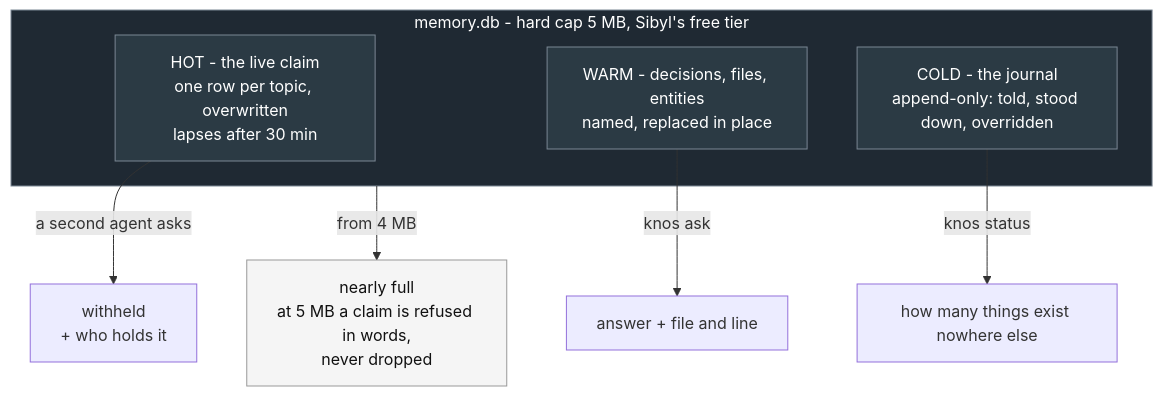
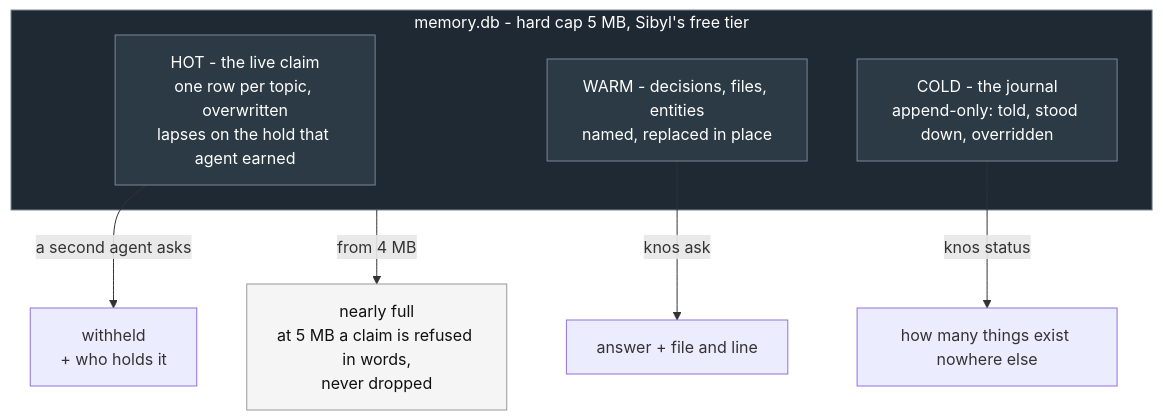
The second of 4 diagrams in docs/GUIDE.md (drexthealpha/Knos), drawn with Mermaid before and after one commit. The commit also changed 1 other file, not shown here.

Commit message:
The core-flow diagram did not render on GitHub, and HOT still claimed a flat thirty minutes
GitHub refused it outright - "Unable to render rich display: Could not find a
suitable point for the given distance" - so the one picture that is meant to
be the whole product was a wall of source on the page a reader lands on. Two
pairs of opposing edges between the same nodes is the trigger; the refusal and
the override are now the sequence they actually are, which reads better than
the round trip did anyway.

The tier diagram said the live claim lapses after thirty minutes. Thirty is
the prior every agent starts on - the hold is what that agent earned.

````diff
--- a/docs/GUIDE.md
+++ b/docs/GUIDE.md
@@ -193,19 +193,19 @@
 ```mermaid
 flowchart TD
     subgraph DB["memory.db - hard cap 5 MB, Sibyl's free tier"]
-        HOT["HOT - the live claim<br>one row per topic, overwritten<br>lapses after 30 min"]
+        HOT["HOT - the live claim<br>one row per topic, overwritten<br>lapses on the hold that agent earned"]
         WARM["WARM - decisions, files, entities<br>named, replaced in place"]
         COLD["COLD - the journal<br>append-only: told, stood down, overridden"]
     end
 
     HOT -->|"a second agent asks"| NO["withheld<br>+ who holds it"]
     WARM -->|"knos ask"| SRC["answer + file and line"]
     COLD -->|"knos status"| ONLY["how many things exist nowhere else"]
     DB -->|"from 4 MB"| FULL["nearly full<br>at 5 MB a claim is refused in words,<br>never dropped"]
 
     style DB fill:#1f2933,stroke:#7b8794,color:#ffffff
     style HOT fill:#2b3a44,stroke:#7b8794,color:#ffffff
     style WARM fill:#2b3a44,stroke:#7b8794,color:#ffffff
     style COLD fill:#2b3a44,stroke:#7b8794,color:#ffffff
     style FULL fill:#f5f5f5,stroke:#999999,color:#111111
 ```
````
